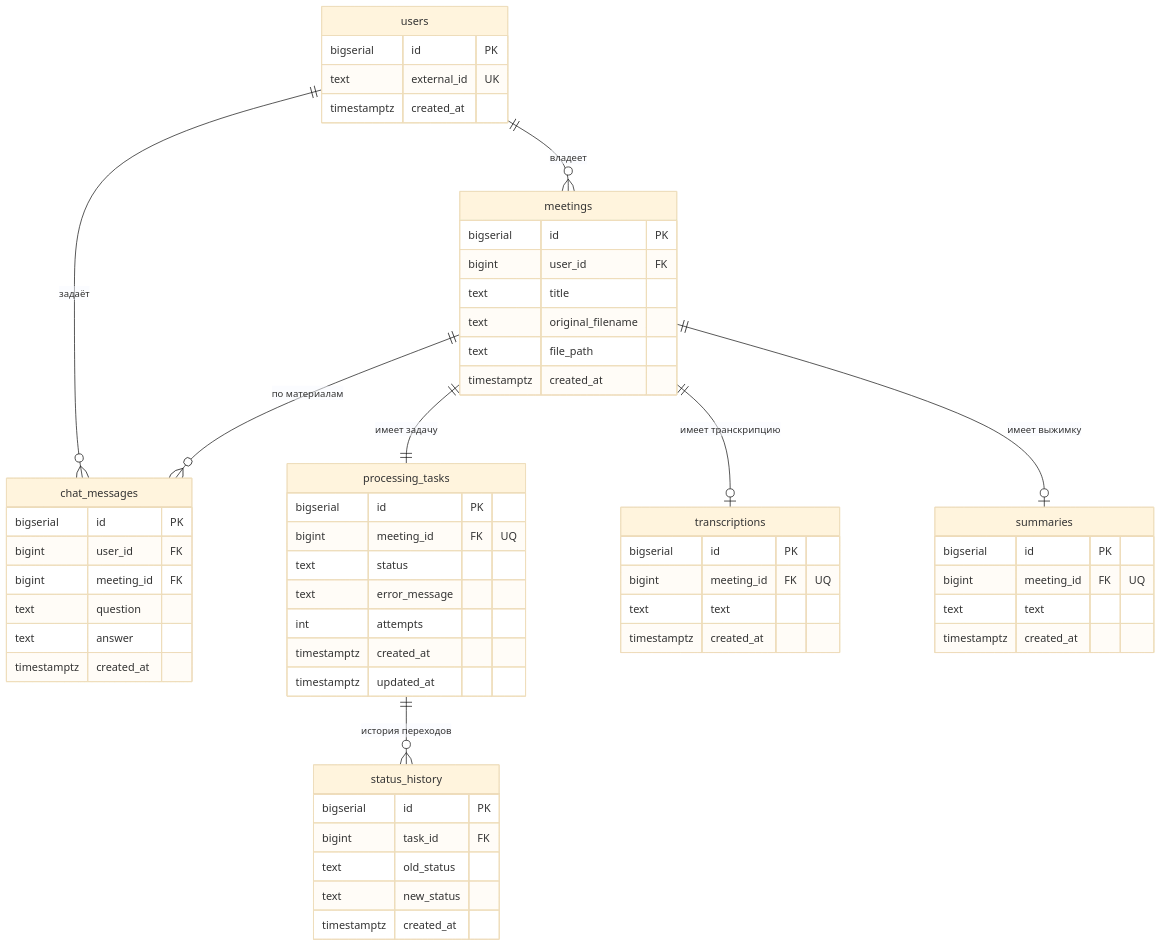
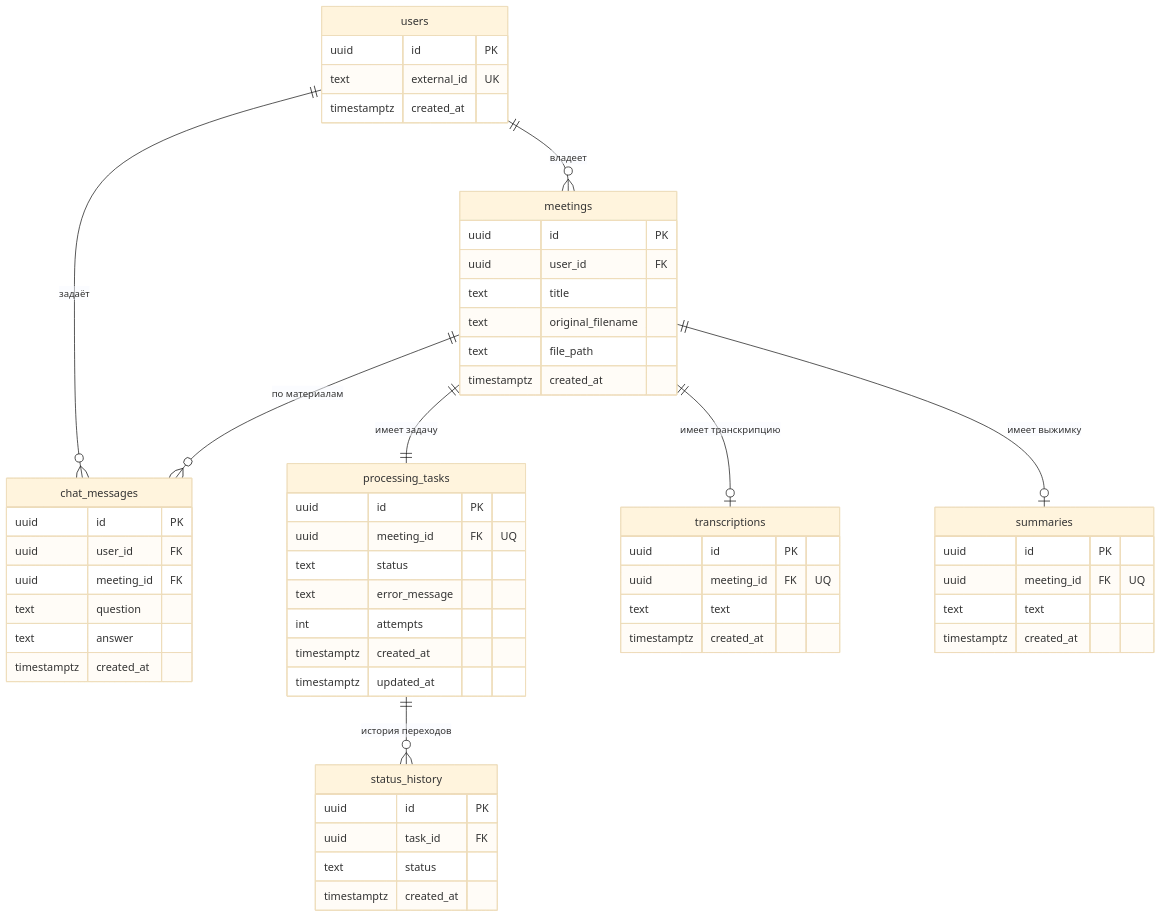
The diagram in docs/DATA_MODEL.md (AlexeyKurlevsky/voice_assistant), drawn with Mermaid (base theme) before and after one commit. The commit also changed other lines of this file and 18 other files, not shown here.

````diff
--- a/docs/DATA_MODEL.md
+++ b/docs/DATA_MODEL.md
@@ -10,60 +10,59 @@
 ```mermaid
 erDiagram
     users ||--o{ meetings : "владеет"
     users ||--o{ chat_messages : "задаёт"
     meetings ||--|| processing_tasks : "имеет задачу"
     meetings ||--o| transcriptions : "имеет транскрипцию"
     meetings ||--o| summaries : "имеет выжимку"
     meetings ||--o{ chat_messages : "по материалам"
     processing_tasks ||--o{ status_history : "история переходов"
 
     users {
-        bigserial id PK
+        uuid id PK
         text external_id UK
         timestamptz created_at
     }
     meetings {
-        bigserial id PK
-        bigint user_id FK
+        uuid id PK
+        uuid user_id FK
         text title
         text original_filename
         text file_path
         timestamptz created_at
     }
     processing_tasks {
-        bigserial id PK
-        bigint meeting_id FK "UQ"
+        uuid id PK
+        uuid meeting_id FK "UQ"
         text status
         text error_message
         int attempts
         timestamptz created_at
         timestamptz updated_at
     }
     status_history {
-        bigserial id PK
-        bigint task_id FK
-        text old_status
-        text new_status
+        uuid id PK
+        uuid task_id FK
+        text status
         timestamptz created_at
     }
     transcriptions {
-        bigserial id PK
-        bigint meeting_id FK "UQ"
+        uuid id PK
+        uuid meeting_id FK "UQ"
         text text
         timestamptz created_at
     }
     summaries {
-        bigserial id PK
-        bigint meeting_id FK "UQ"
+        uuid id PK
+        uuid meeting_id FK "UQ"
         text text
         timestamptz created_at
     }
     chat_messages {
-        bigserial id PK
-        bigint user_id FK
-        bigint meeting_id FK
+        uuid id PK
+        uuid user_id FK
+        uuid meeting_id FK
         text question
         text answer
         timestamptz created_at
     }
 ```
````
